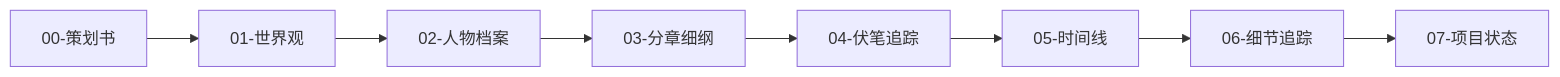
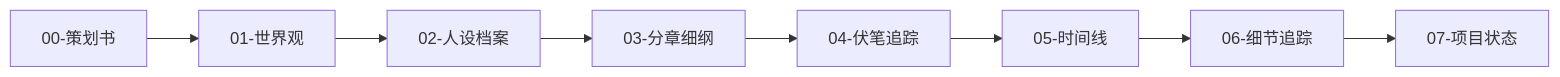
One commit to MeiSiristhebest/novel changed the diagram in .skills/chinese-novelist/references/project-structure.md. Above: the diagram before and after it, drawn with Mermaid. The commit also changed other lines of this file and 22 other files, not shown here.

````diff
--- a/.skills/chinese-novelist/references/project-structure.md
+++ b/.skills/chinese-novelist/references/project-structure.md
@@ -94,10 +113,10 @@
 ```mermaid
 graph LR
     A[00-策划书] --> B[01-世界观]
-    B --> C[02-人物档案]
+    B --> C[02-人设档案]
     C --> D[03-分章细纲]
     D --> E[04-伏笔追踪]
     E --> F[05-时间线]
     F --> G[06-细节追踪]
     G --> H[07-项目状态]
 ```
````
